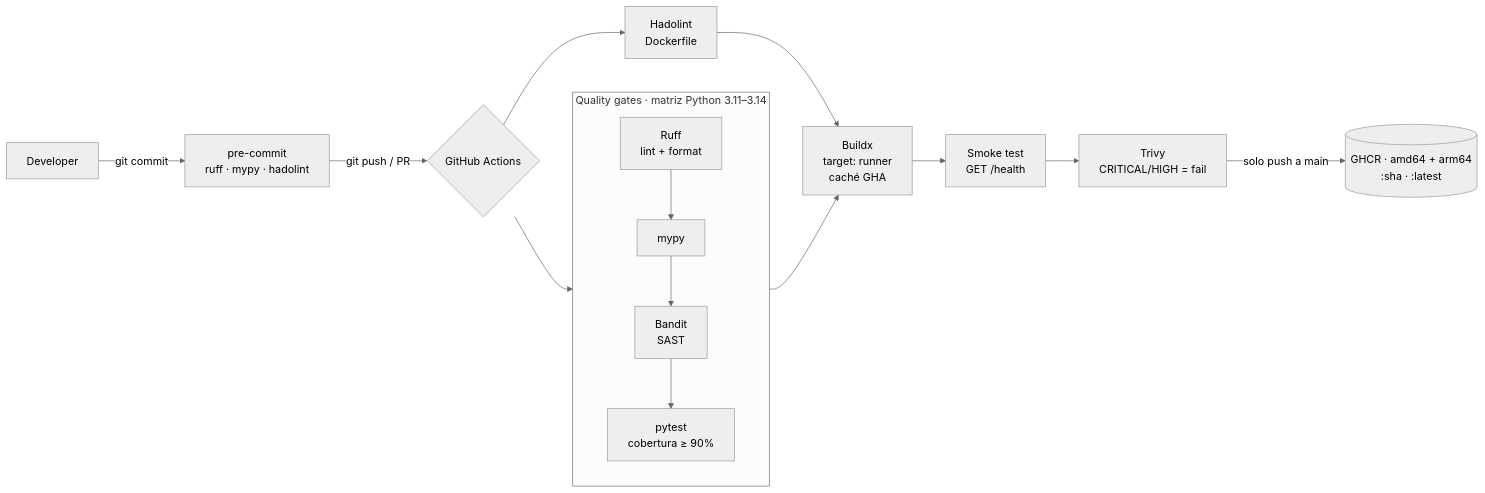
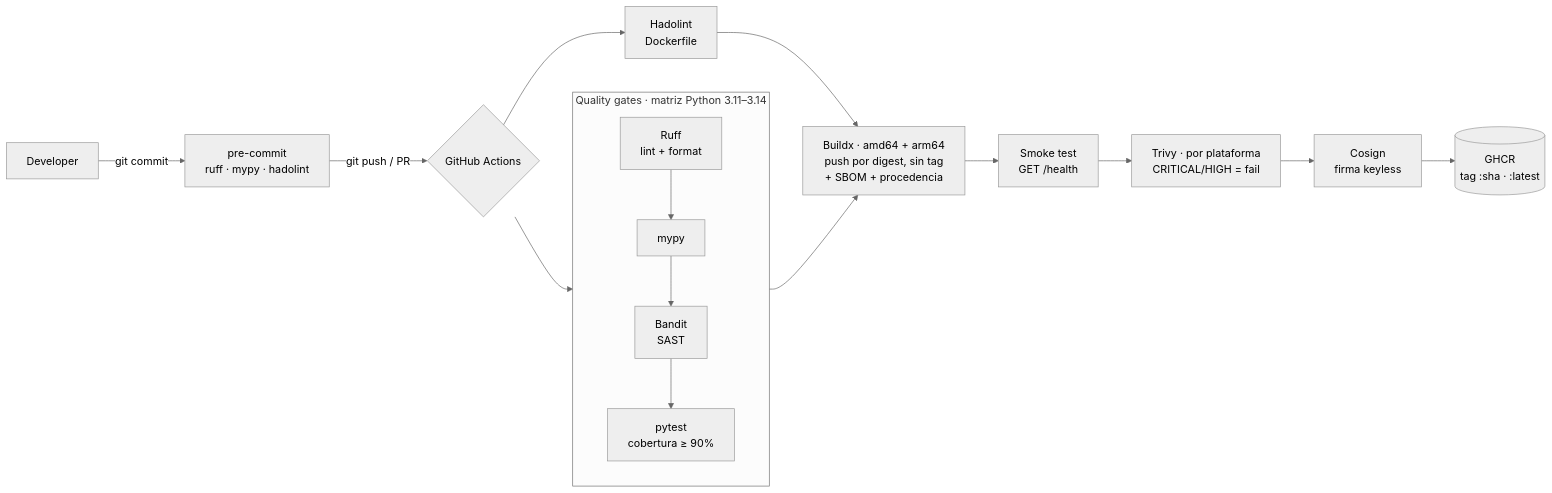
One commit to DiegoTepichin/cicd-pipeline changed the first of 2 diagrams in README.es.md. Above: the diagram before and after it, drawn with Mermaid (neutral theme). The commit also changed other lines of this file and 3 other files, not shown here.

First line of the commit message:
ci: sign, attest and gate the exact published image digest

````diff
--- a/README.es.md
+++ b/README.es.md
@@ -36,17 +37,18 @@
 ```mermaid
 flowchart LR
     dev[Developer] -->|git commit| hooks[pre-commit<br/>ruff · mypy · hadolint]
     hooks -->|git push / PR| gha{GitHub Actions}
 
     subgraph QG[Quality gates · matriz Python 3.11–3.14]
         lint[Ruff<br/>lint + format] --> types[mypy] --> sast[Bandit<br/>SAST] --> tests[pytest<br/>cobertura ≥ 90%]
     end
     gha --> QG
     gha --> hl[Hadolint<br/>Dockerfile]
 
-    QG --> build[Buildx<br/>target: runner<br/>caché GHA]
+    QG --> build[Buildx · amd64 + arm64<br/>push por digest, sin tag<br/>+ SBOM + procedencia]
     hl --> build
     build --> smoke[Smoke test<br/>GET /health]
-    smoke --> trivy[Trivy<br/>CRITICAL/HIGH = fail]
-    trivy -->|solo push a main| ghcr[(GHCR · amd64 + arm64<br/>:sha · :latest)]
+    smoke --> trivy[Trivy · por plataforma<br/>CRITICAL/HIGH = fail]
+    trivy --> sign[Cosign<br/>firma keyless]
+    sign --> ghcr[(GHCR<br/>tag :sha · :latest)]
 ```
````
